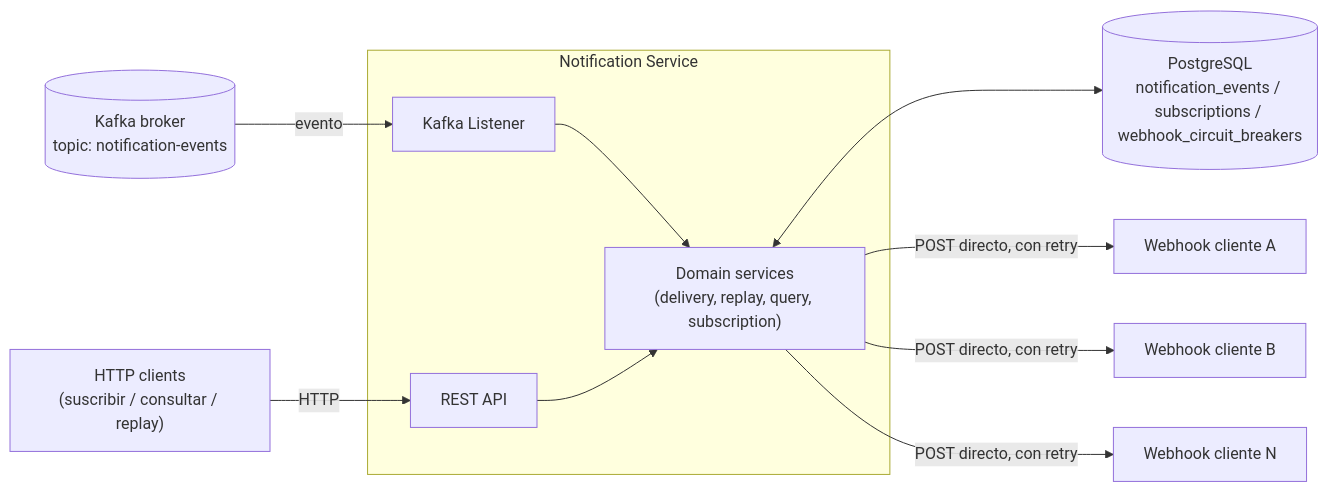
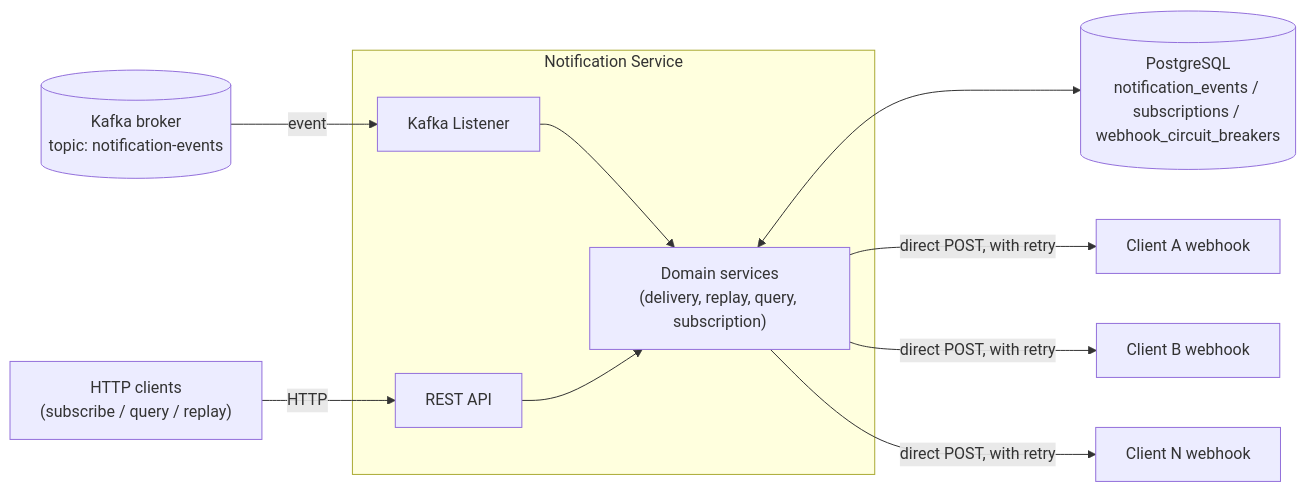
Before and after one commit to mlpaz/cobre-challenge: the first of 2 diagrams in README.md, drawn with Mermaid. The commit also changed other lines of this file, not shown here.

````diff
--- a/README.md
+++ b/README.md
@@ -18,25 +18,25 @@
 ```mermaid
 flowchart LR
     Kafka[("Kafka broker<br/>topic: notification-events")]
-    HTTPClients["HTTP clients<br/>(suscribir / consultar / replay)"]
+    HTTPClients["HTTP clients<br/>(subscribe / query / replay)"]
 
     subgraph svc["Notification Service"]
         Listener["Kafka Listener"]
         API["REST API"]
         Core["Domain services<br/>(delivery, replay, query, subscription)"]
     end
 
     DB[("PostgreSQL<br/>notification_events / subscriptions / webhook_circuit_breakers")]
-    WebhookA["Webhook cliente A"]
-    WebhookB["Webhook cliente B"]
-    WebhookN["Webhook cliente N"]
+    WebhookA["Client A webhook"]
+    WebhookB["Client B webhook"]
+    WebhookN["Client N webhook"]
 
-    Kafka -->|evento| Listener
+    Kafka -->|event| Listener
     HTTPClients -->|HTTP| API
     Listener --> Core
     API --> Core
     Core <--> DB
-    Core -->|POST directo, con retry| WebhookA
-    Core -->|POST directo, con retry| WebhookB
-    Core -->|POST directo, con retry| WebhookN
+    Core -->|direct POST, with retry| WebhookA
+    Core -->|direct POST, with retry| WebhookB
+    Core -->|direct POST, with retry| WebhookN
 ```
````
